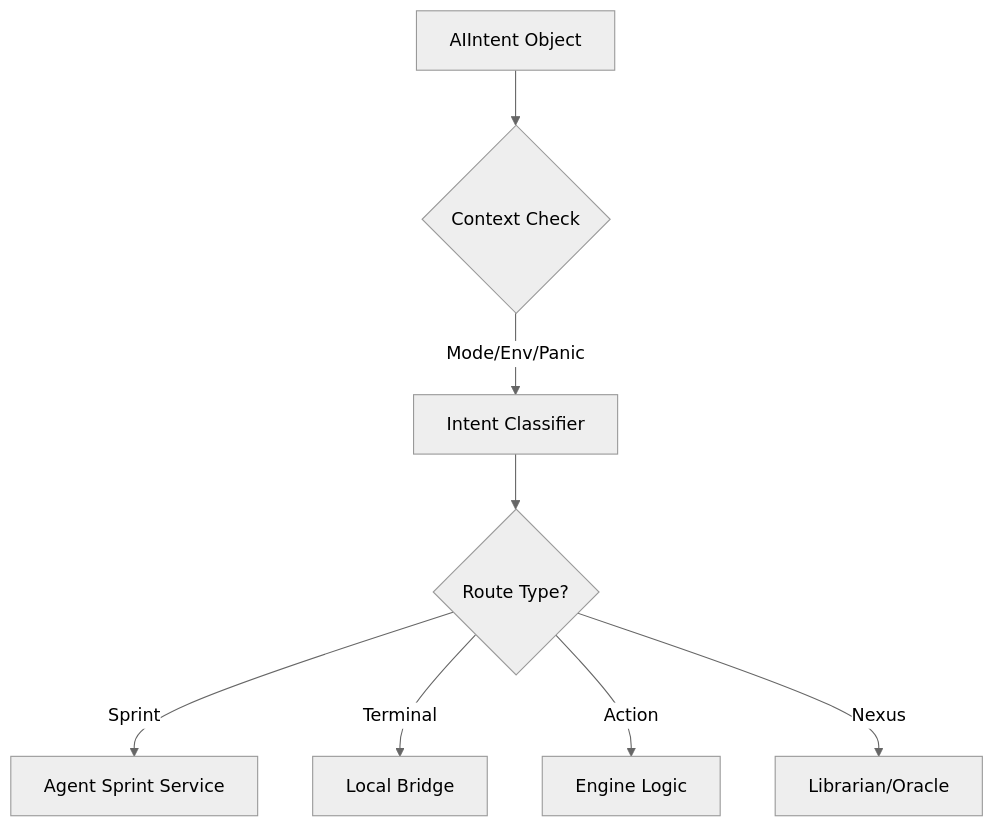
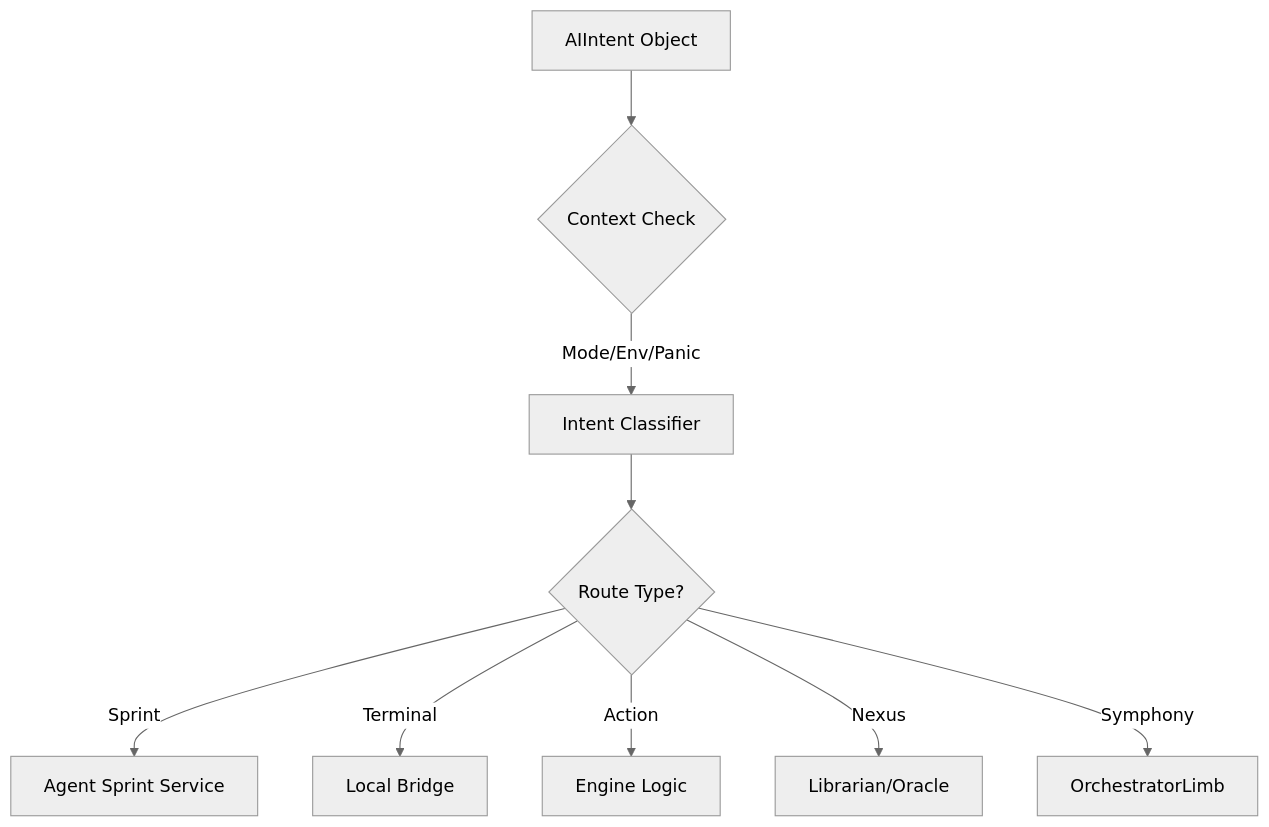
Before and after one commit to Kbro1989/Willow-AI-Coding-Playground: the fourth of 4 diagrams in architecture.md, drawn with Mermaid (neutral theme). The commit also changed other lines of this file and 3 other files, not shown here.

Commit message:
Update all documentation: README, architecture, DEPLOY, API docs - reflect 17 limbs, 505+ capabilities, Agent Symphony

````diff
--- a/architecture.md
+++ b/architecture.md
@@ -39,11 +112,12 @@
 ```mermaid
 flowchart TD
     Input[AIIntent Object] --> Context{Context Check}
     Context -- Mode/Env/Panic --> Classifier[Intent Classifier]
     Classifier --> Type{Route Type?}
     
     Type -- Sprint --> Sprint[Agent Sprint Service]
     Type -- Terminal --> Term[Local Bridge]
     Type -- Action --> Actions[Engine Logic]
     Type -- Nexus --> Specialist[Librarian/Oracle]
+    Type -- Symphony --> Orch[OrchestratorLimb]
 ```
````
